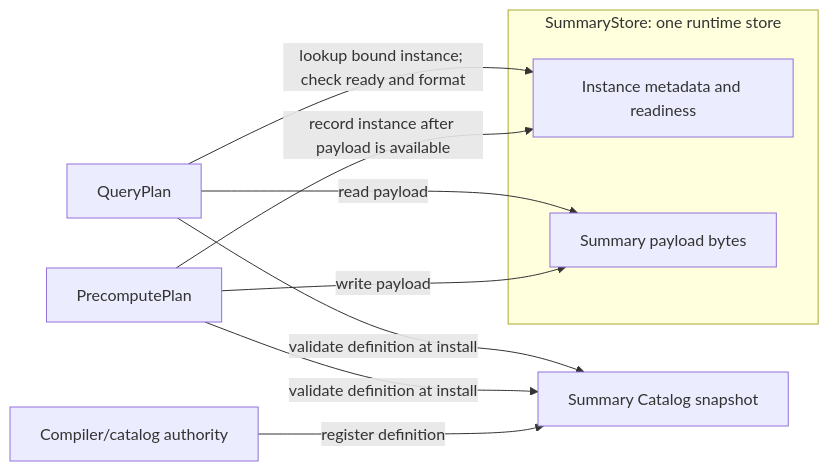
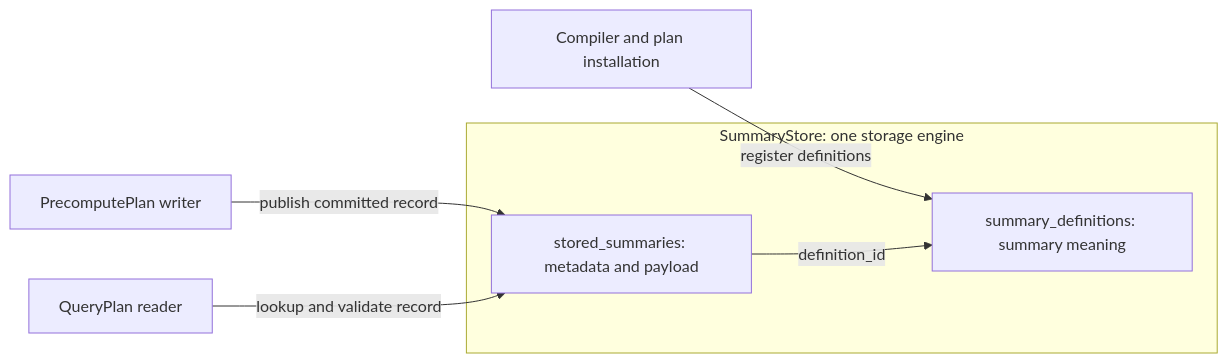
One commit to ProjectASAP/ASAPQuery-backend changed the diagram in docs/design_docs/summary-catalog-sds-architecture.md. Above: the diagram before and after it, drawn with Mermaid. The commit also changed other lines of this file and 4 other files, not shown here.

Commit message:
docs: name summary tables, stored records, and output references by role

````diff
--- a/docs/design_docs/summary-catalog-sds-architecture.md
+++ b/docs/design_docs/summary-catalog-sds-architecture.md
@@ -51,14 +54,11 @@
 ```mermaid
 flowchart LR
-  C[Compiler/catalog authority] -->|register definition| D[Summary Catalog snapshot]
-  P[PrecomputePlan] -->|validate definition at install| D
-  Q[QueryPlan] -->|validate definition at install| D
-  subgraph S[SummaryStore: one runtime store]
-    I[Instance metadata and readiness]
-    B[Summary payload bytes]
+  C[Compiler and plan installation] -->|register definitions| D
+  P[PrecomputePlan writer] -->|publish committed record| R
+  Q[QueryPlan reader] -->|lookup and validate record| R
+  subgraph S[SummaryStore: one storage engine]
+    D[summary_definitions: summary meaning]
+    R[stored_summaries: metadata and payload]
+    R -->|definition_id| D
   end
-  P -->|write payload| B
-  P -->|record instance after payload is available| I
-  Q -->|lookup bound instance; check ready and format| I
-  Q -->|read payload| B
 ```
````
